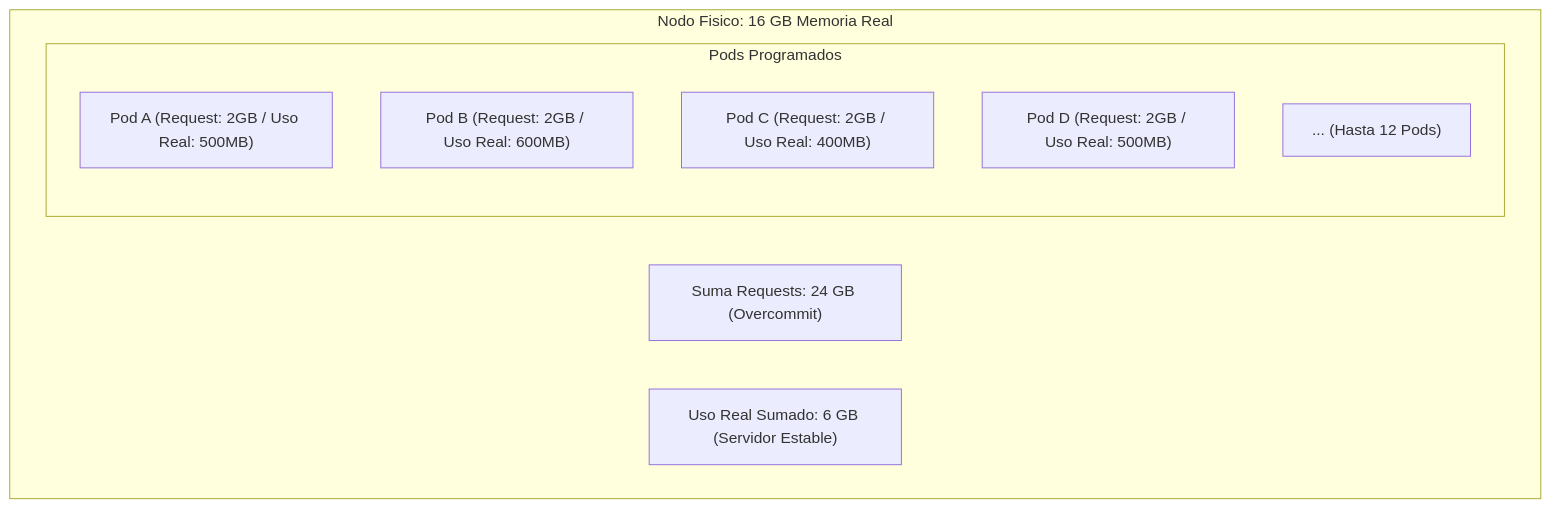
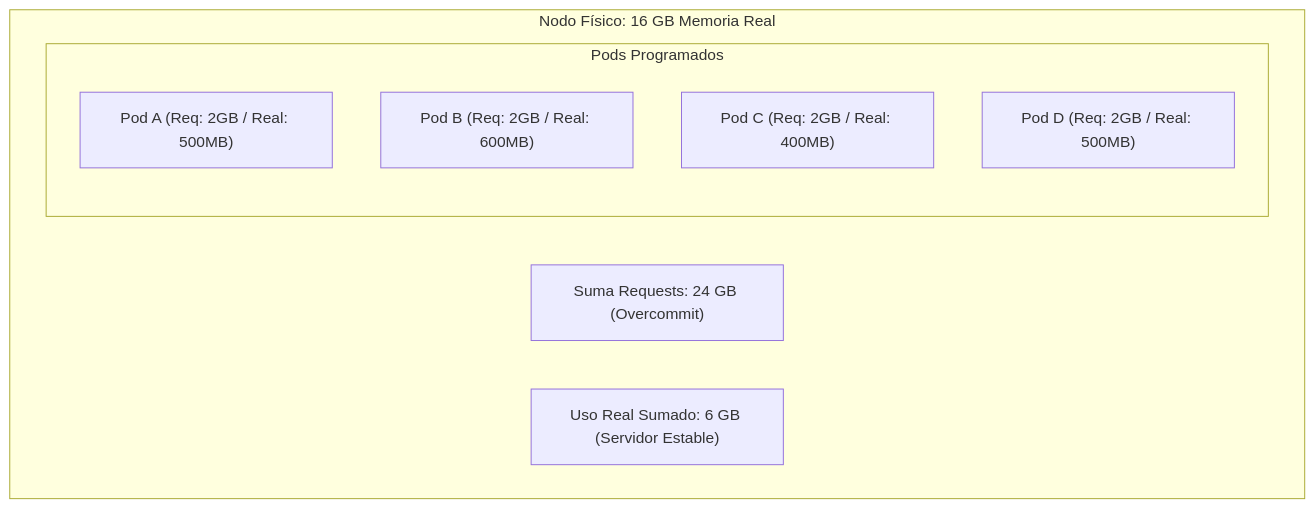
Before and after one commit to ieftraining/curso-openshift: the third of 8 diagrams in docs/sesion4/4.2 Recursoso, cuotas y ubicación.md, drawn with Mermaid. The commit also changed other lines of this file, not shown here.

````diff
--- a/docs/sesion4/4.2 Recursoso, cuotas y ubicación.md
+++ b/docs/sesion4/4.2 Recursoso, cuotas y ubicación.md
@@ -146,15 +146,14 @@
 ```mermaid
 flowchart TD
-    subgraph Nodo Fisico: 16 GB Memoria Real
-        subgraph Pods Programados
-            P1["Pod A (Request: 2GB / Uso Real: 500MB)"]
-            P2["Pod B (Request: 2GB / Uso Real: 600MB)"]
-            P3["Pod C (Request: 2GB / Uso Real: 400MB)"]
-            P4["Pod D (Request: 2GB / Uso Real: 500MB)"]
-            P5["... (Hasta 12 Pods)"]
+    subgraph Nodo Fisico [Nodo Físico: 16 GB Memoria Real]
+        subgraph Pods Programados [Pods Programados]
+            P1["Pod A (Req: 2GB / Real: 500MB)"]
+            P2["Pod B (Req: 2GB / Real: 600MB)"]
+            P3["Pod C (Req: 2GB / Real: 400MB)"]
+            P4["Pod D (Req: 2GB / Real: 500MB)"]
         end
         
         TOTAL_REQ["Suma Requests: 24 GB (Overcommit)"]
         TOTAL_REAL["Uso Real Sumado: 6 GB (Servidor Estable)"]
     end
 ```
````
